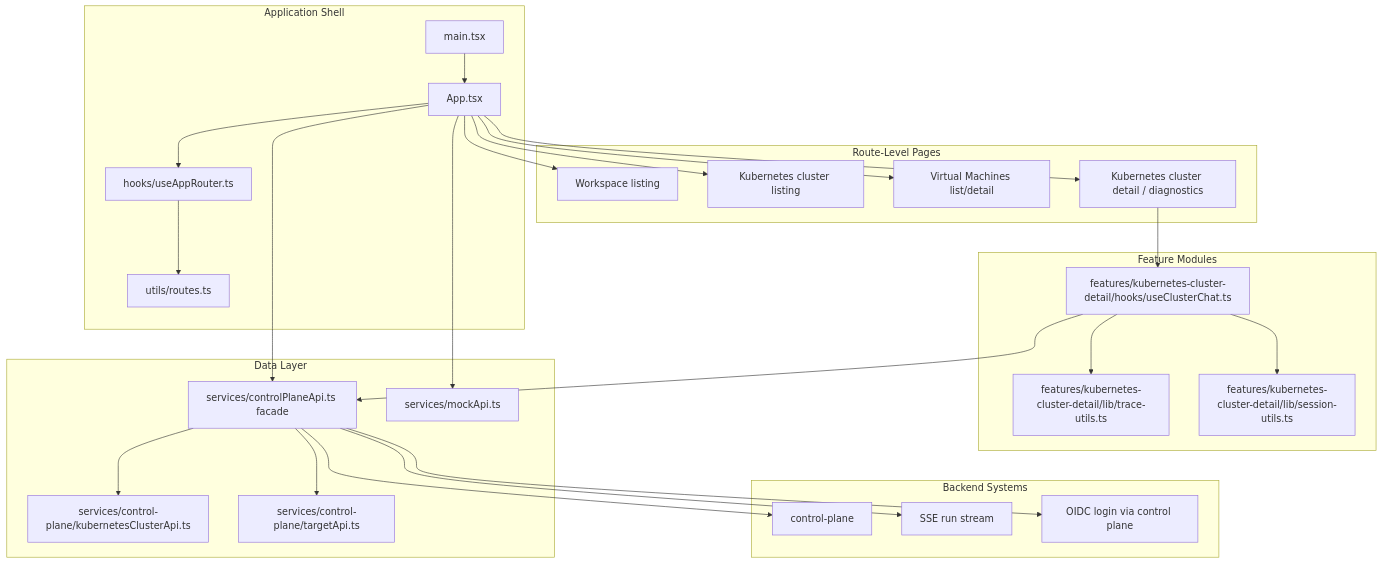
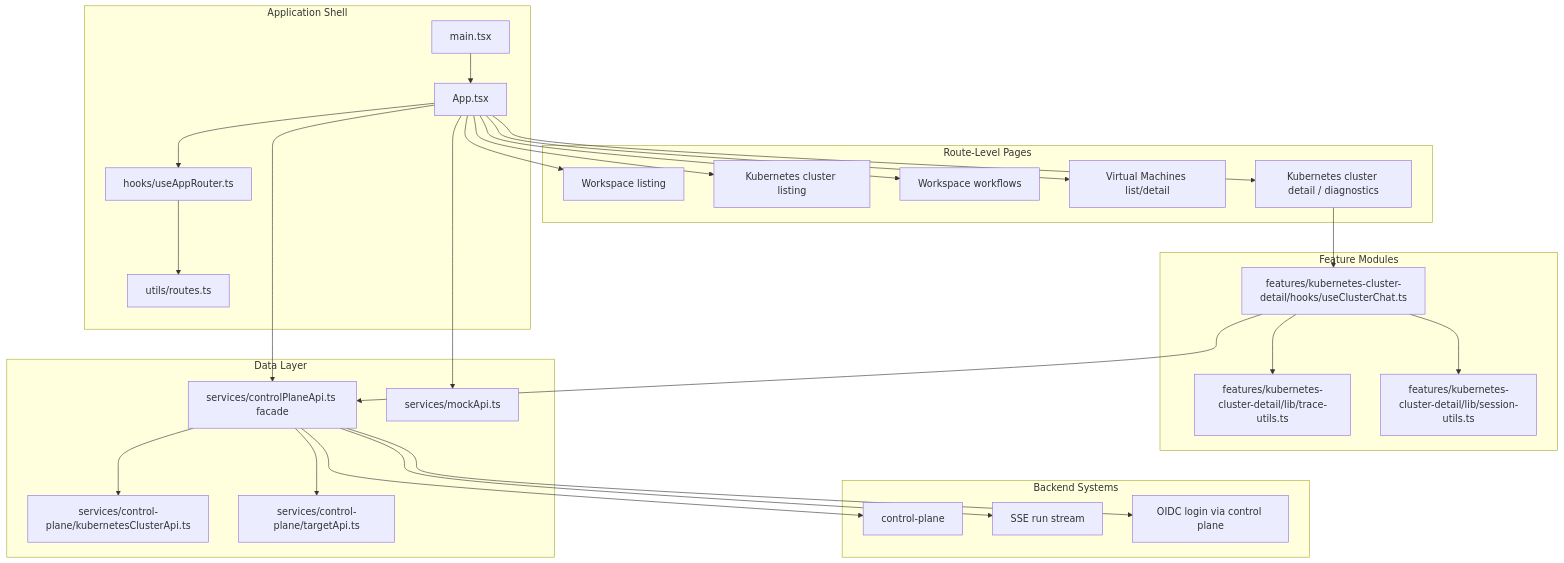
One commit to acornops/management-console changed the second of 2 diagrams in ARCHITECTURE.md. Above: the diagram before and after it, drawn with Mermaid. The commit also changed other lines of this file and 19 other files, not shown here.

Commit message:
feat: add workspace workflows page

````diff
--- a/ARCHITECTURE.md
+++ b/ARCHITECTURE.md
@@ -31,58 +33,60 @@
 ```mermaid
 flowchart TD
     subgraph AppShell[Application Shell]
         Main[main.tsx]
         App[App.tsx]
         Router[hooks/useAppRouter.ts]
         Routes[utils/routes.ts]
     end
 
     subgraph Pages[Route-Level Pages]
         Workspaces[Workspace listing]
         Clusters[Kubernetes cluster listing]
+        Workflows[Workspace workflows]
         VirtualMachines[Virtual Machines list/detail]
         KubernetesClusterDetail[Kubernetes cluster detail / diagnostics]
     end
 
     subgraph Features[Feature Modules]
         ClusterChat[features/kubernetes-cluster-detail/hooks/useClusterChat.ts]
         TraceUtils[features/kubernetes-cluster-detail/lib/trace-utils.ts]
         SessionUtils[features/kubernetes-cluster-detail/lib/session-utils.ts]
     end
 
     subgraph Data[Data Layer]
         CPApi[services/controlPlaneApi.ts facade]
         K8sApi[services/control-plane/kubernetesClusterApi.ts]
         TargetApi[services/control-plane/targetApi.ts]
         MockApi[services/mockApi.ts]
     end
 
     subgraph Backend[Backend Systems]
         CP[control-plane]
         SSE[SSE run stream]
         OIDC[OIDC login via control plane]
     end
 
     Main --> App
     App --> Router
     Router --> Routes
 
     App --> Workspaces
     App --> Clusters
+    App --> Workflows
     App --> VirtualMachines
     App --> KubernetesClusterDetail
 
     KubernetesClusterDetail --> ClusterChat
     ClusterChat --> TraceUtils
     ClusterChat --> SessionUtils
 
     App --> CPApi
     CPApi --> K8sApi
     CPApi --> TargetApi
     App --> MockApi
     ClusterChat --> CPApi
 
     CPApi --> CP
     CPApi --> SSE
     CPApi --> OIDC
 ```
````
